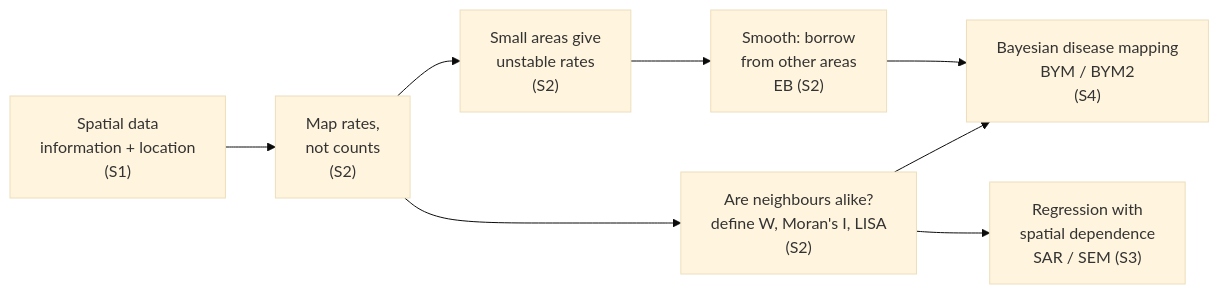
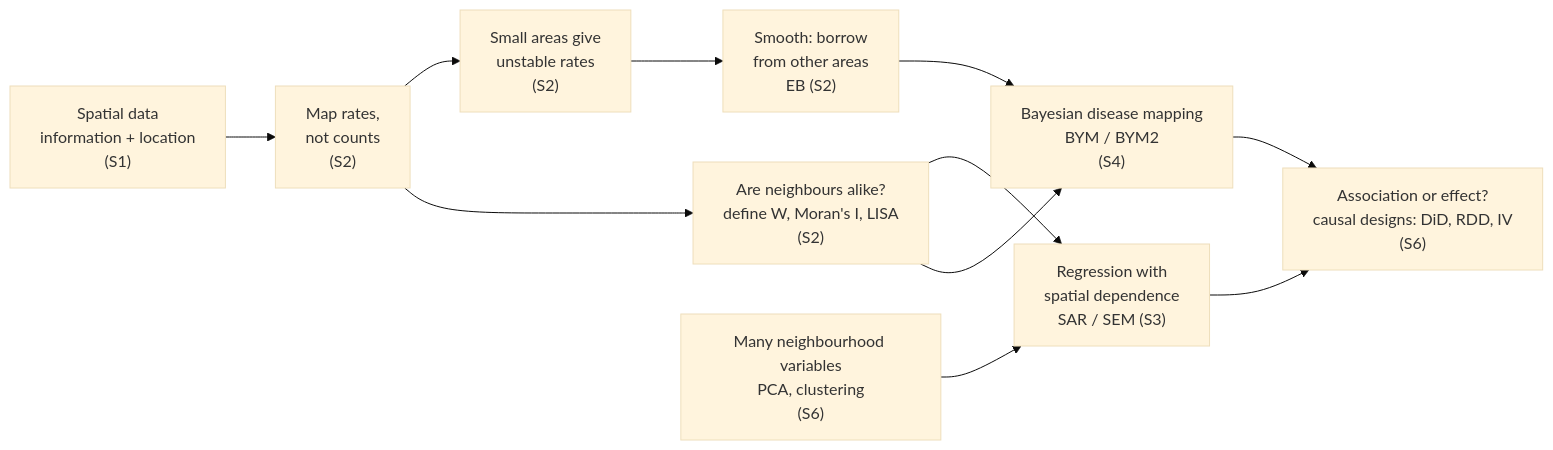
The diagram in big-ideas.qmd (johlobs/STA530-Spatial-Epidemiology), drawn with Mermaid (base theme) before and after one commit. The commit also changed other lines of this file and 30 other files, not shown here.

First line of the commit message:
Add sessions 5-8: computer lab, additional methods (ESDA, accessibility, PCA/clustering, spatial causal inference), guest lecture, mini-project

````diff
--- a/big-ideas.qmd
+++ b/big-ideas.qmd
@@ -9,11 +9,14 @@
 ```{mermaid}
-%%| fig-cap: "Lecture map: each arrow means \"this leads to the next question\". Not causal. How the four sessions connect."
+%%| fig-cap: "Lecture map: each arrow means \"this leads to the next question\". Not causal. How the sessions connect."
 flowchart LR
   A["Spatial data<br/>information + location<br/>(S1)"] --> B["Map rates,<br/>not counts<br/>(S2)"]
   B --> C["Small areas give<br/>unstable rates<br/>(S2)"]
   C --> D["Smooth: borrow<br/>from other areas<br/>EB (S2)"]
   D --> E["Bayesian disease mapping<br/>BYM / BYM2<br/>(S4)"]
   B --> F["Are neighbours alike?<br/>define W, Moran's I, LISA<br/>(S2)"]
   F --> G["Regression with<br/>spatial dependence<br/>SAR / SEM (S3)"]
   F --> E
+  G --> H["Association or effect?<br/>causal designs: DiD, RDD, IV<br/>(S6)"]
+  E --> H
+  I["Many neighbourhood variables<br/>PCA, clustering<br/>(S6)"] --> G
 ```
````
